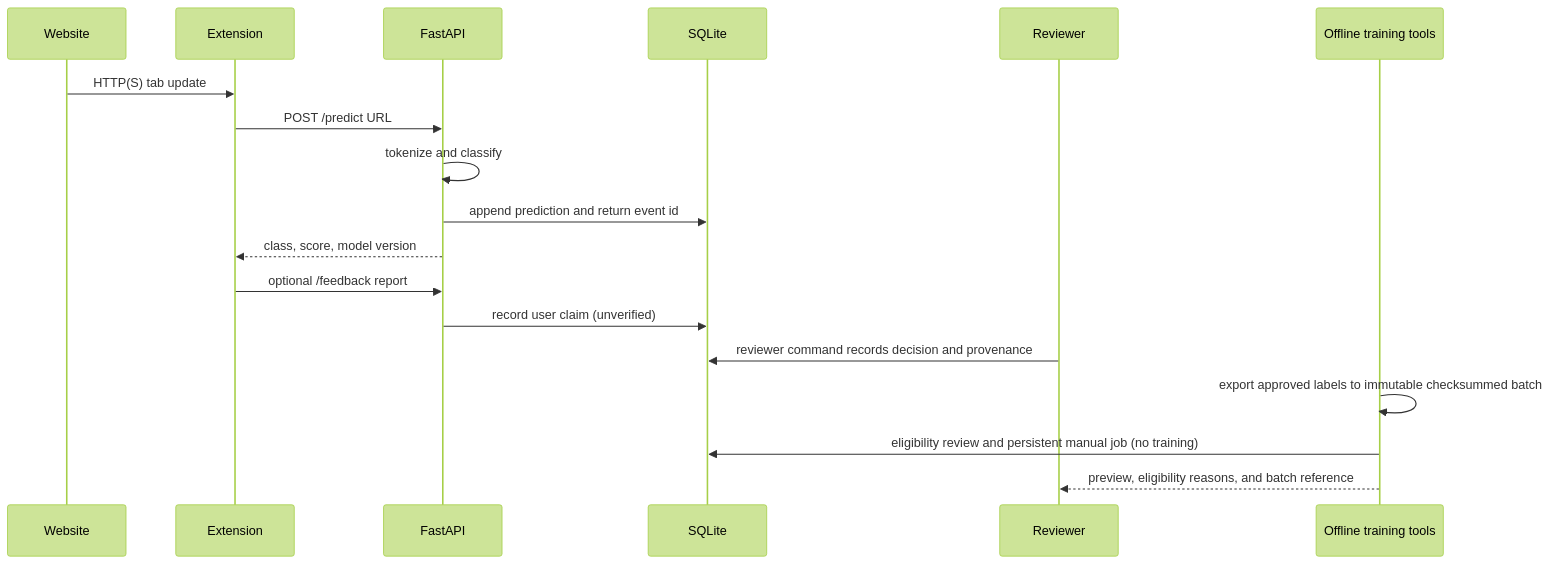
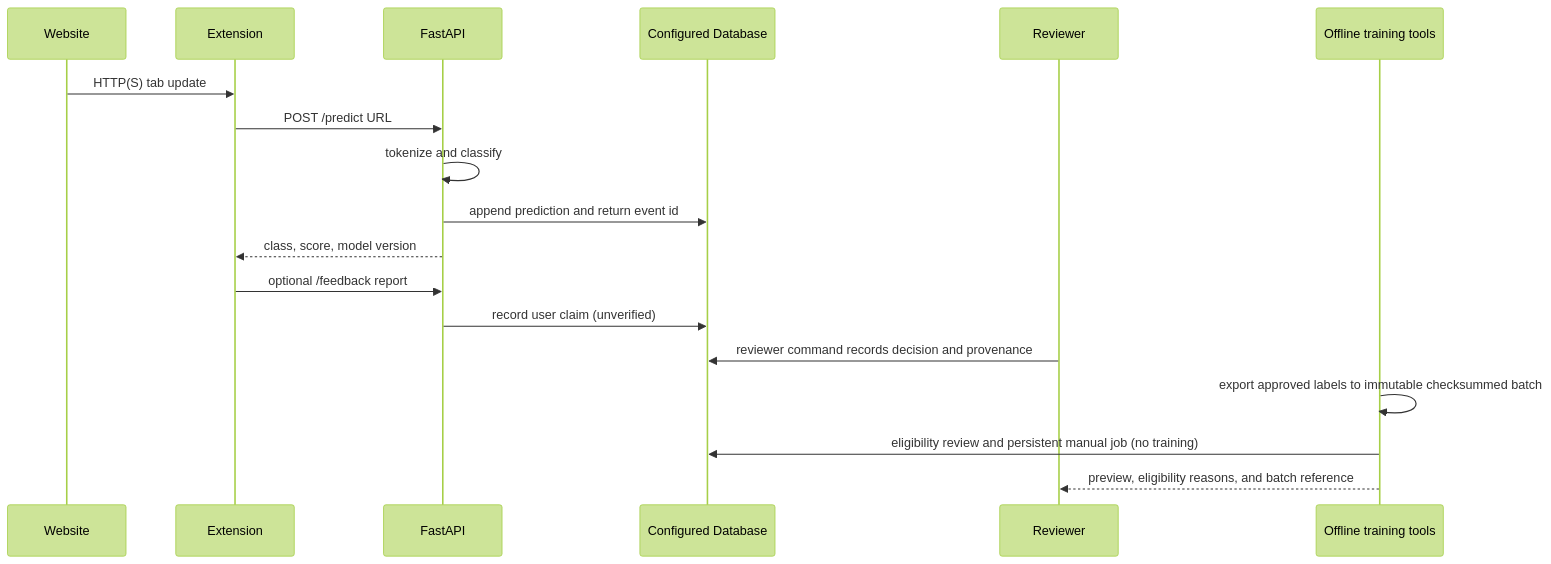
Before and after one commit to SyedHarshath/Phishing-Detection: the second of 2 diagrams in docs/MLOPS_ARCHITECTURE.md, drawn with Mermaid (forest theme). The commit also changed other lines of this file and 26 other files, not shown here.

````diff
--- a/docs/MLOPS_ARCHITECTURE.md
+++ b/docs/MLOPS_ARCHITECTURE.md
@@ -19,20 +19,20 @@
 ```mermaid
 sequenceDiagram
   participant W as Website
   participant X as Extension
   participant API as FastAPI
-  participant DB as SQLite
+  participant DB as Configured Database
   participant Analyst as Reviewer
   participant CLI as Offline training tools
   W->>X: HTTP(S) tab update
   X->>API: POST /predict URL
   API->>API: tokenize and classify
   API->>DB: append prediction and return event id
   API-->>X: class, score, model version
   X->>API: optional /feedback report
   API->>DB: record user claim (unverified)
   Analyst->>DB: reviewer command records decision and provenance
   CLI->>CLI: export approved labels to immutable checksummed batch
   CLI->>DB: eligibility review and persistent manual job (no training)
   CLI-->>Analyst: preview, eligibility reasons, and batch reference
 ```
````
